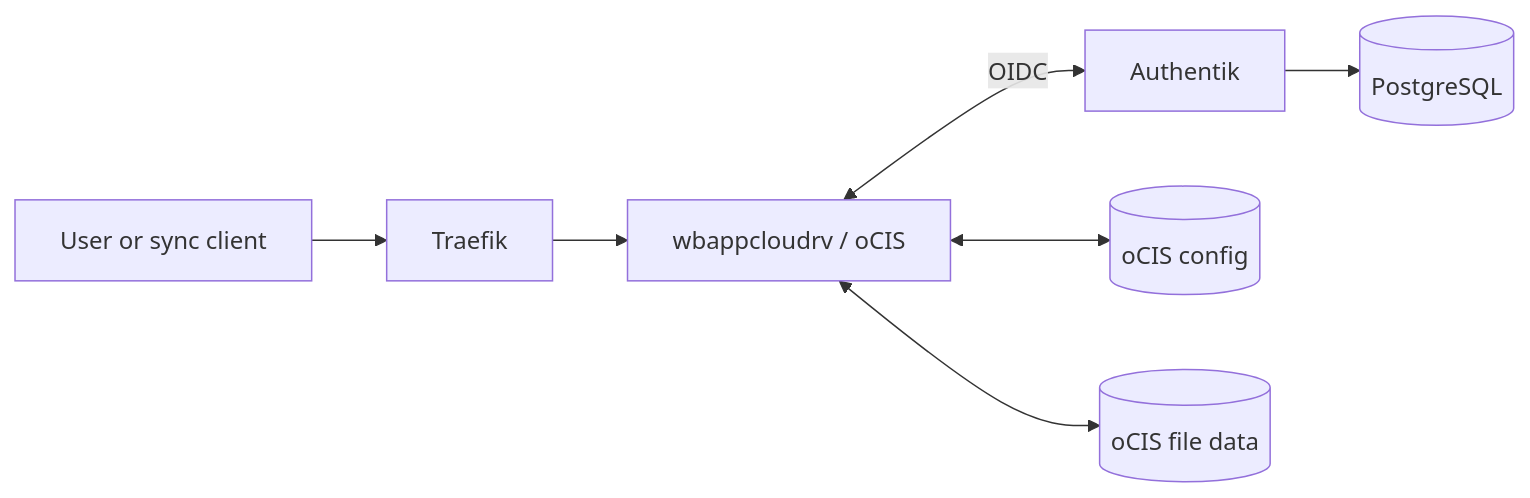
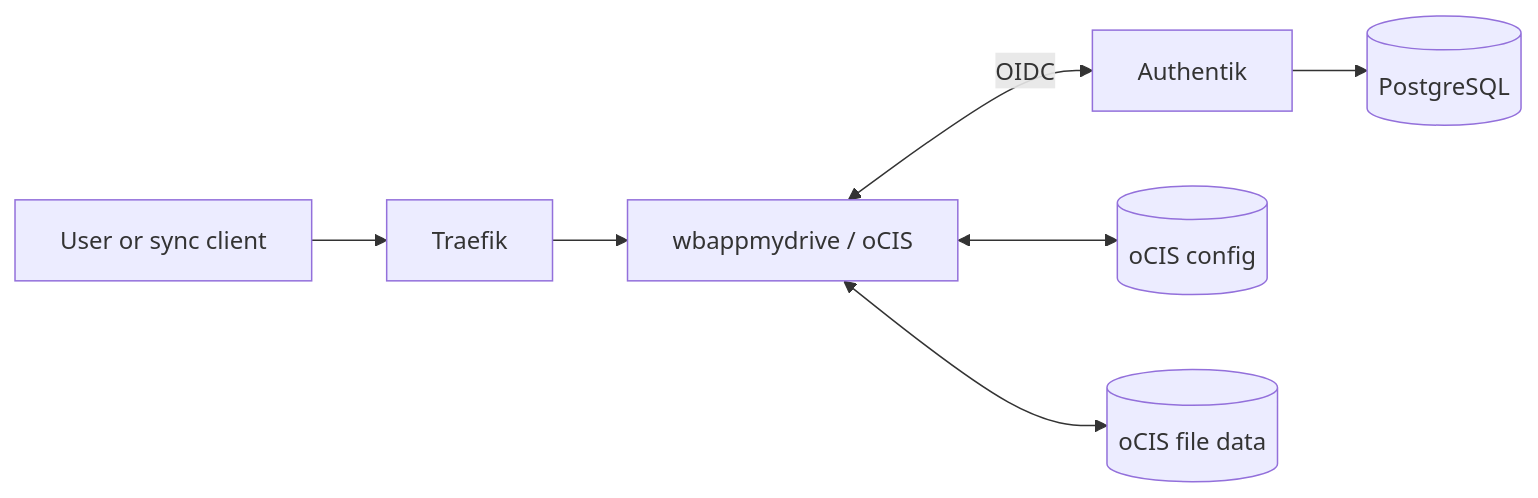
One commit to yongxinL/servicehub changed the second of 7 diagrams in docs/architecture/DATA-FLOW.md. Above: the diagram before and after it, drawn with Mermaid. The commit also changed other lines of this file and 19 other files, not shown here.

````diff
--- a/docs/architecture/DATA-FLOW.md
+++ b/docs/architecture/DATA-FLOW.md
@@ -64,9 +64,9 @@
 ```mermaid
 flowchart LR
     U[User or sync client] --> T[Traefik]
-    T --> O[wbappcloudrv / oCIS]
+    T --> O[wbappmydrive / oCIS]
     O <-->|OIDC| A[Authentik]
     A --> P[(PostgreSQL)]
     O <--> C[(oCIS config)]
     O <--> D[(oCIS file data)]
 ```
````
